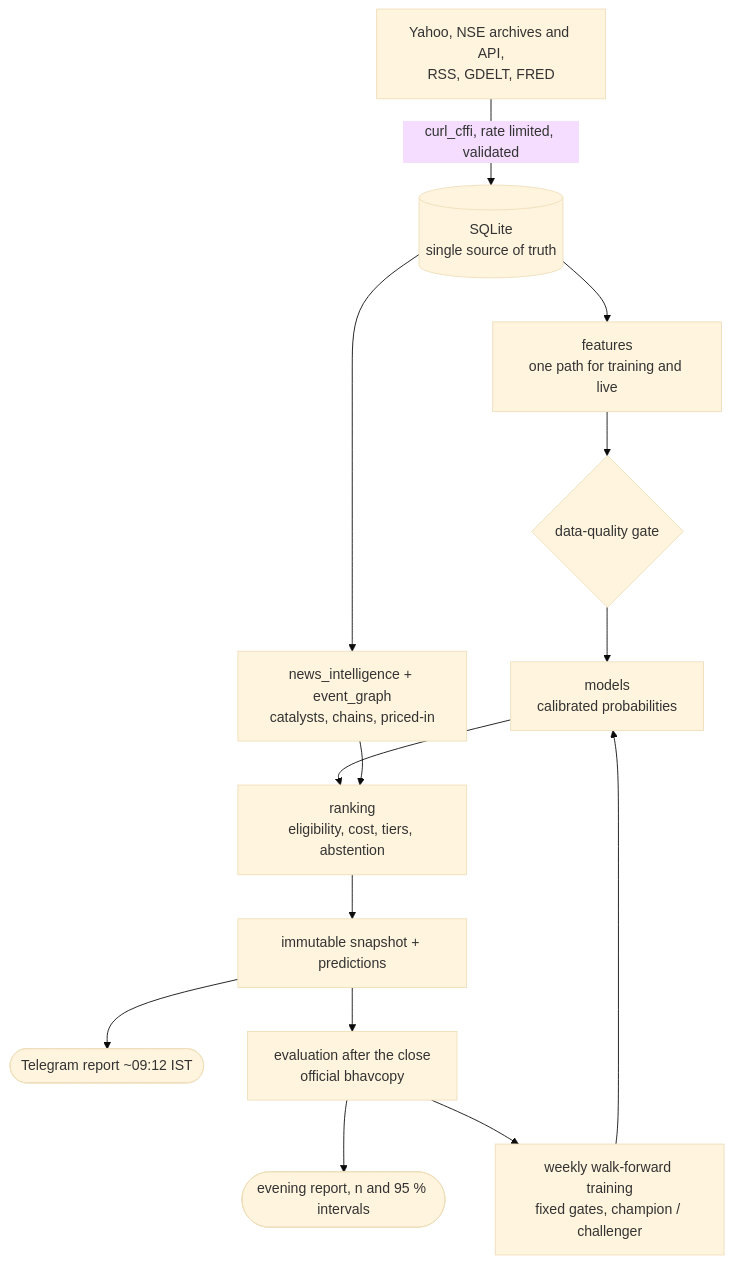
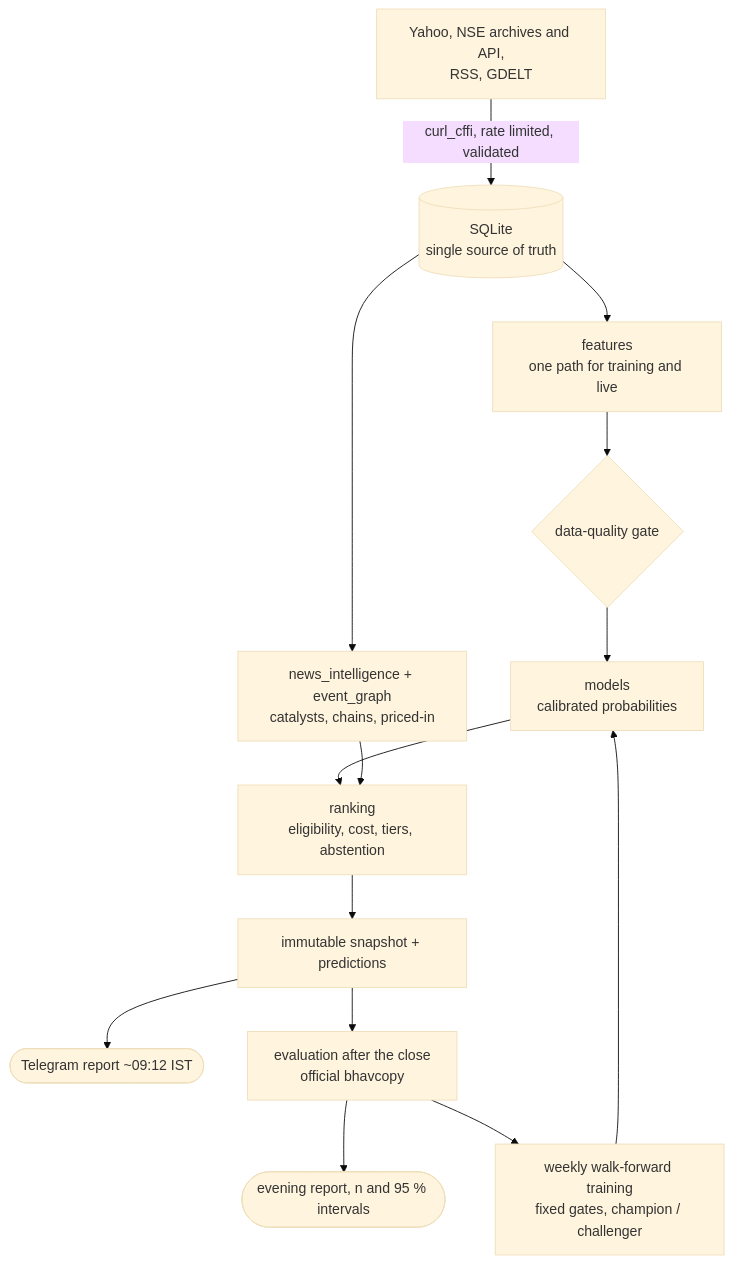
One commit to amansoni7477030/MonsterStock_AI changed the first of 3 diagrams in MONSTER-AI/README.md. Above: the diagram before and after it, drawn with Mermaid (base theme). The commit also changed other lines of this file and 61 other files, not shown here.

````diff
--- a/MONSTER-AI/README.md
+++ b/MONSTER-AI/README.md
@@ -59,16 +59,16 @@
 ```mermaid
 flowchart TB
-    SRC["Yahoo, NSE archives and API,<br/>RSS, GDELT, FRED"] -->|"curl_cffi, rate limited, validated"| DB[("SQLite<br/>single source of truth")]
+    SRC["Yahoo, NSE archives and API,<br/>RSS, GDELT"] -->|"curl_cffi, rate limited, validated"| DB[("SQLite<br/>single source of truth")]
     DB --> FEAT["features<br/>one path for training and live"]
     DB --> NEWS["news_intelligence + event_graph<br/>catalysts, chains, priced-in"]
     FEAT --> GATE{"data-quality gate"}
     GATE --> MODEL["models<br/>calibrated probabilities"]
     MODEL --> RANK["ranking<br/>eligibility, cost, tiers, abstention"]
     NEWS --> RANK
     RANK --> FREEZE["immutable snapshot + predictions"]
     FREEZE --> TG(["Telegram report ~09:12 IST"])
     FREEZE --> EVAL["evaluation after the close<br/>official bhavcopy"]
     EVAL --> EVE(["evening report, n and 95 % intervals"])
     EVAL --> TRAIN["weekly walk-forward training<br/>fixed gates, champion / challenger"]
     TRAIN --> MODEL
 ```
````
